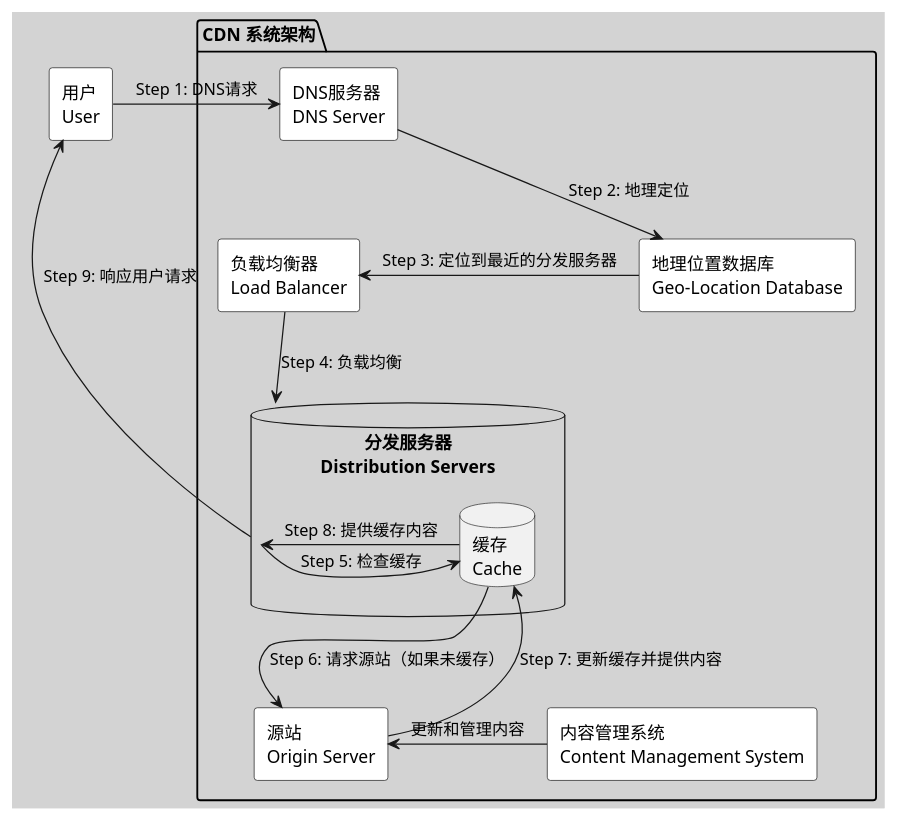
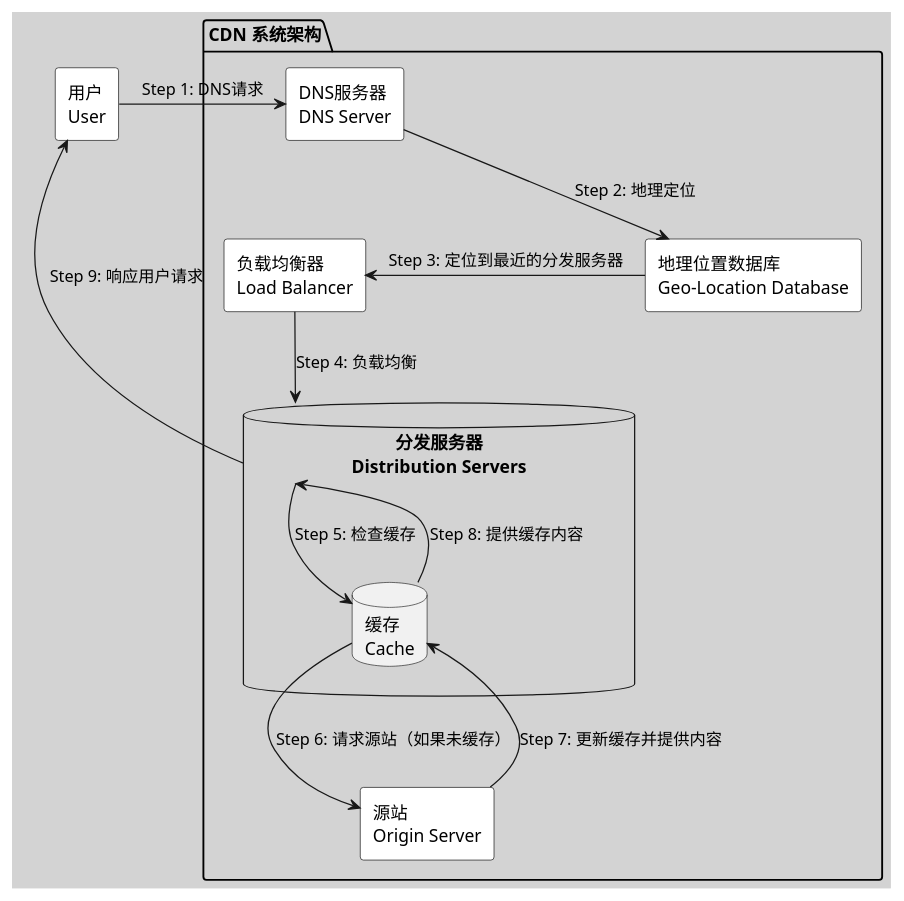
Before and after one commit to huangyingw/system_design: the diagram in architecture_diagrams/cdn_architecture_diagram.puml, drawn with PlantUML.

```diff
--- a/architecture_diagrams/cdn_architecture_diagram.puml
+++ b/architecture_diagrams/cdn_architecture_diagram.puml
@@ -1,32 +1,30 @@
 @startuml
 skinparam backgroundColor #D3D3D3
 skinparam rectangle {
   BackgroundColor White
   BorderColor Black
   Shadowing false
 }
 
 package "CDN 系统架构" {
     RECTANGLE "源站\nOrigin Server" as Origin
     DATABASE "分发服务器\nDistribution Servers" as DS {
         DATABASE "缓存\nCache" as Cache
     }
     RECTANGLE "负载均衡器\nLoad Balancer" as LB
-    RECTANGLE "内容管理系统\nContent Management System" as CMS
     RECTANGLE "DNS服务器\nDNS Server" as DNSServer
     RECTANGLE "地理位置数据库\nGeo-Location Database" as GeoDB
 
     DNSServer -down-> GeoDB : "Step 2: 地理定位"
     GeoDB -left-> LB : "Step 3: 定位到最近的分发服务器"
     LB -down-> DS : "Step 4: 负载均衡"
-    DS -left-> Cache : "Step 5: 检查缓存"
+    DS -down-> Cache : "Step 5: 检查缓存"
     Cache -down-> Origin : "Step 6: 请求源站（如果未缓存）"
     Origin -up-> Cache : "Step 7: 更新缓存并提供内容"
-    Cache -right-> DS : "Step 8: 提供缓存内容"
-    CMS -left-> Origin : "更新和管理内容"
+    Cache -up-> DS : "Step 8: 提供缓存内容"
 }
 
 RECTANGLE "用户\nUser" as User
 User -right-> DNSServer : "Step 1: DNS请求"
 DS -up-> User : "Step 9: 响应用户请求"
 @enduml
```
